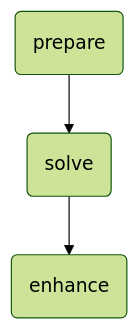
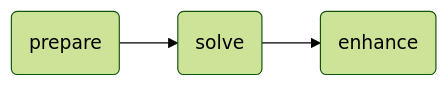
One commit to nextmv-io/nextpipe changed the diagram in examples/pipeline-chain/README.md. Above: the diagram before and after it, drawn with Mermaid (forest theme). The commit also changed 6 other files, not shown here.

Commit message:
Extend readme, use LR workflow mermaids

````diff
--- a/examples/pipeline-chain/README.md
+++ b/examples/pipeline-chain/README.md
@@ -7,8 +7,8 @@
 ```mermaid
-graph TD
+graph LR
   prepare(prepare)
   prepare --> solve
   solve(solve)
   solve --> enhance
   enhance(enhance)
 ```
````
